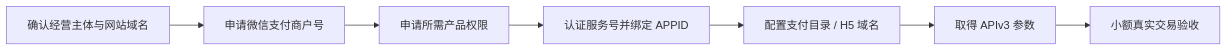
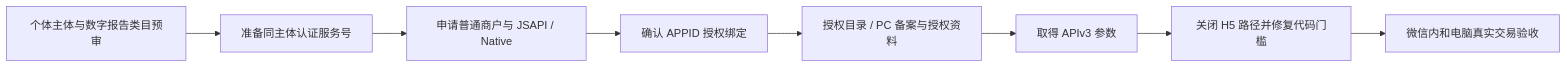
The second of 5 diagrams in docs/payment-operations.md (posuihushui/mirror-mbti), drawn with Mermaid before and after one commit. The commit also changed other lines of this file and 26 other files, not shown here.

````diff
--- a/docs/payment-operations.md
+++ b/docs/payment-operations.md
@@ -34,9 +37,10 @@
 ```mermaid
 flowchart LR
-  A[确认经营主体与网站域名] --> B[申请微信支付商户号]
-  B --> C[申请所需产品权限]
-  C --> D[认证服务号并绑定 APPID]
-  D --> E[配置支付目录 / H5 域名]
+  A[个体主体与数字报告类目预审] --> B[准备同主体认证服务号]
+  B --> C[申请普通商户与 JSAPI / Native]
+  C --> D[确认 APPID 授权绑定]
+  D --> E[授权目录 / PC 备案与授权资料]
   E --> F[取得 APIv3 参数]
-  F --> G[小额真实交易验收]
+  F --> G[关闭 H5 路径并修复代码门槛]
+  G --> H[微信内和电脑真实交易验收]
 ```
````
